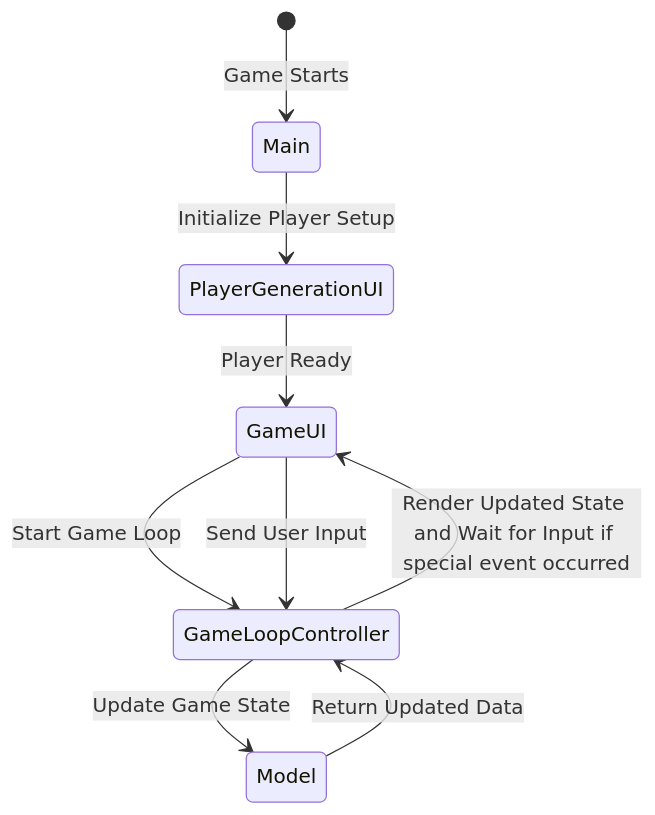
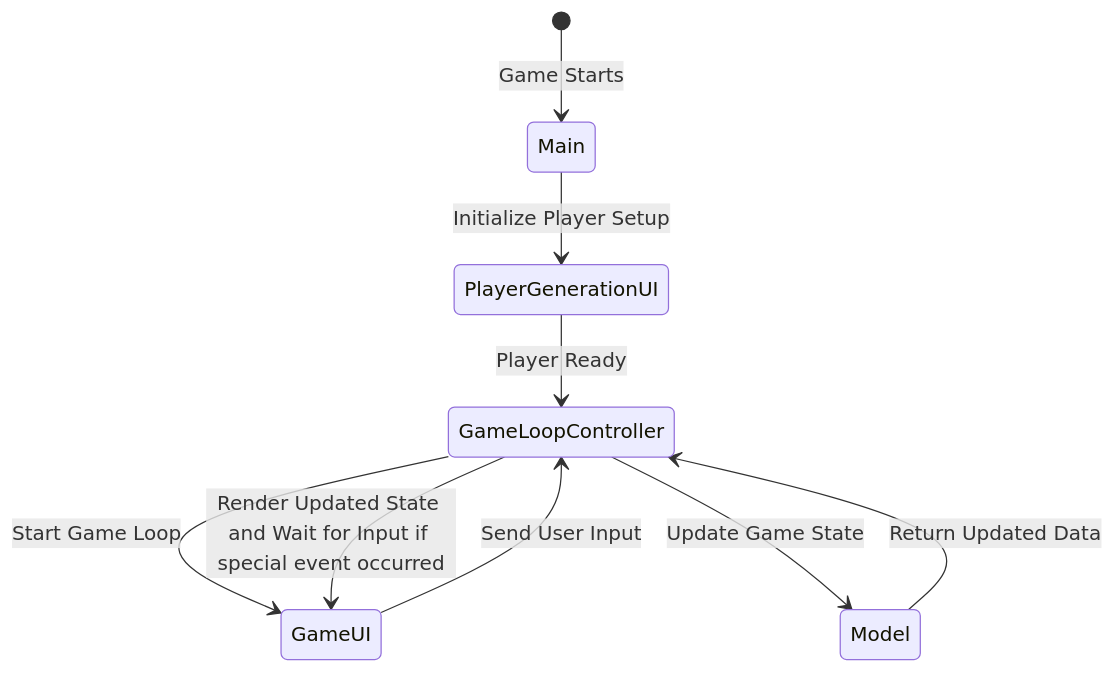
The diagram in docs/Sections/4_Architecture.markdown (Horri-kalile/Progress_Quest), drawn with Mermaid before and after one commit.

Commit message:
updated section 4

````diff
--- a/docs/Sections/4_Architecture.markdown
+++ b/docs/Sections/4_Architecture.markdown
@@ -21,12 +21,12 @@
 ```mermaid
 stateDiagram
     [*] --> Main: Game Starts
     Main --> PlayerGenerationUI: Initialize Player Setup
-    PlayerGenerationUI --> GameUI: Player Ready
-    GameUI --> GameLoopController: Start Game Loop
+    PlayerGenerationUI --> GameLoopController: Player Ready
+    GameLoopController --> GameUI: Start Game Loop
     GameLoopController --> Model: Update Game State
     Model --> GameLoopController: Return Updated Data
     GameLoopController --> GameUI: Render Updated State and Wait for Input if special event occurred
     GameUI --> GameLoopController: Send User Input
 
 ```
````
